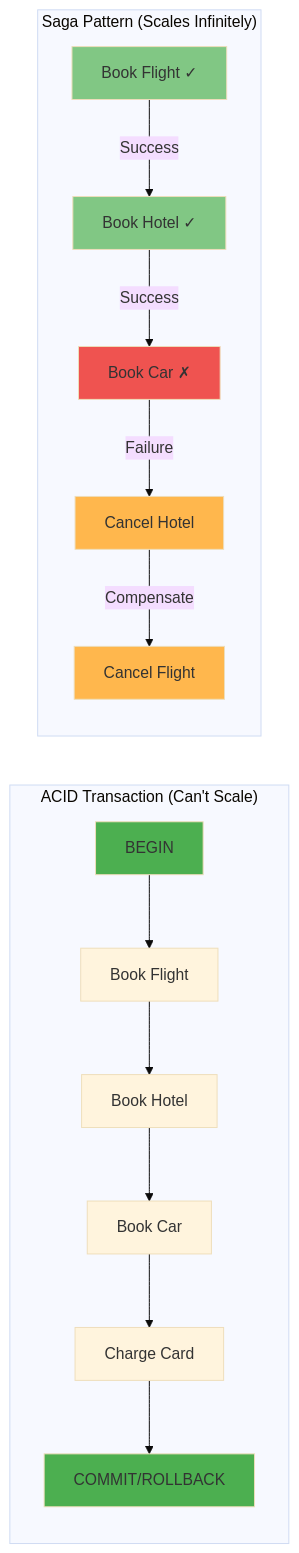
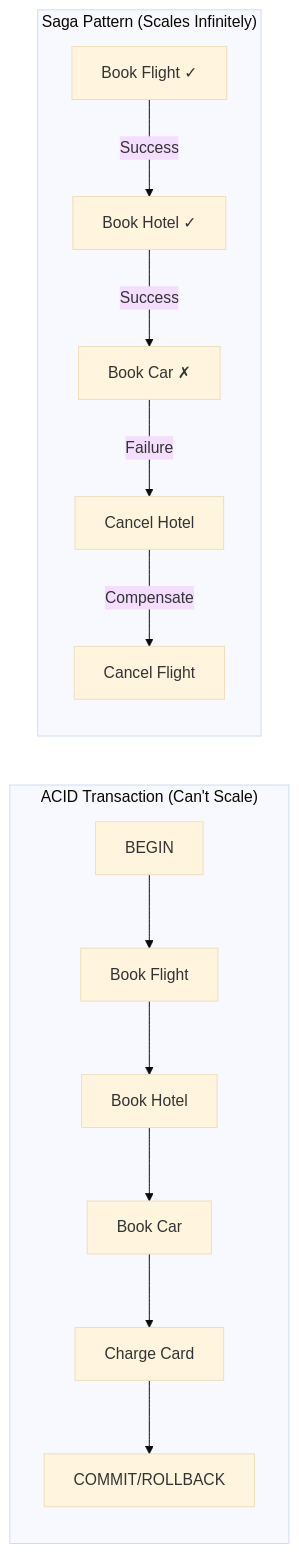
Before and after one commit to deepaucksharma/DStudio: the first of 5 diagrams in docs/pattern-library/data-management/saga.md, drawn with Mermaid (base theme). The commit also changed other lines of this file and 64 other files, not shown here.

````diff
--- a/docs/pattern-library/data-management/saga.md
+++ b/docs/pattern-library/data-management/saga.md
@@ -107,26 +95,17 @@
 ```mermaid
 graph LR
     subgraph "ACID Transaction (Can't Scale)"
         A[BEGIN] --> B[Book Flight]
         B --> C[Book Hotel]
         C --> D[Book Car]
         D --> E[Charge Card]
         E --> F[COMMIT/ROLLBACK]
-        
-        style A fill:#4CAF50
-        style F fill:#4CAF50
     end
     
     subgraph "Saga Pattern (Scales Infinitely)"
         S1[Book Flight ✓] -->|Success| S2[Book Hotel ✓]
         S2 -->|Success| S3[Book Car ✗]
         S3 -->|Failure| C1[Cancel Hotel]
         C1 -->|Compensate| C2[Cancel Flight]
-        
-        style S1 fill:#81C784
-        style S2 fill:#81C784
-        style S3 fill:#EF5350
-        style C1 fill:#FFB74D
-        style C2 fill:#FFB74D
     end
 ```
````
